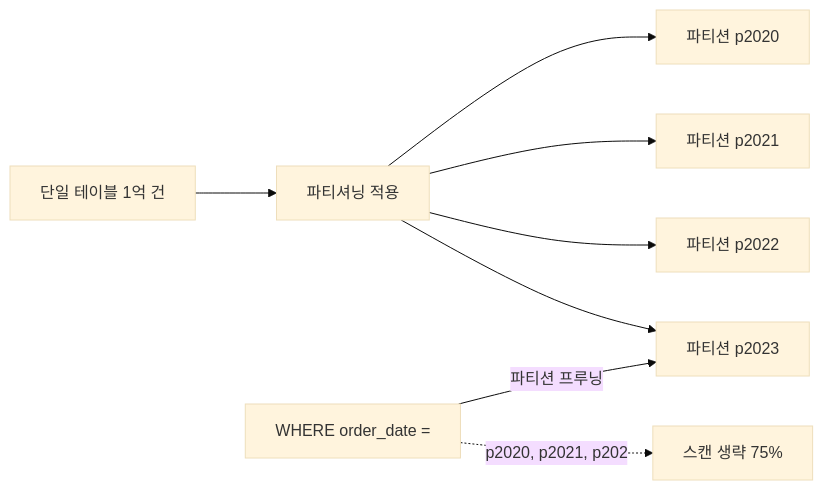
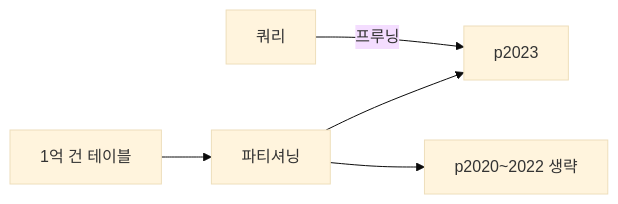
Before and after one commit to yjkim2015/yjkim2015.github.io: the first of 4 diagrams in _posts/db/2026-05-01-db-partitioning.md, drawn with Mermaid (base theme). The commit also changed 163 other files, not shown here.

First line of the commit message:
Mermaid 300개 블록 내용 축소: 5노드 5엣지 이하, 의미 있는 약어

````diff
--- a/_posts/db/2026-05-01-db-partitioning.md
+++ b/_posts/db/2026-05-01-db-partitioning.md
@@ -34,11 +34,7 @@
 ```mermaid
 graph LR
-    Single["단일 테이블 1억 건"]
-    Single --> Part["파티셔닝 적용"]
-    Part --> P2020["파티션 p2020"]
-    Part --> P2021["파티션 p2021"]
-    Part --> P2022["파티션 p2022"]
-    Part --> P2023["파티션 p2023"]
-    Query["WHERE order_date ="] -->|"파티션 프루닝"| P2023
-    Query -.->|"p2020, p2021, p202"| Skip["스캔 생략 75%"]
+    T["1억 건 테이블"] --> P["파티셔닝"]
+    P --> P23["p2023"]
+    P --> SKIP["p2020~2022 생략"]
+    Q["쿼리"] -->|"프루닝"| P23
 ```
````
